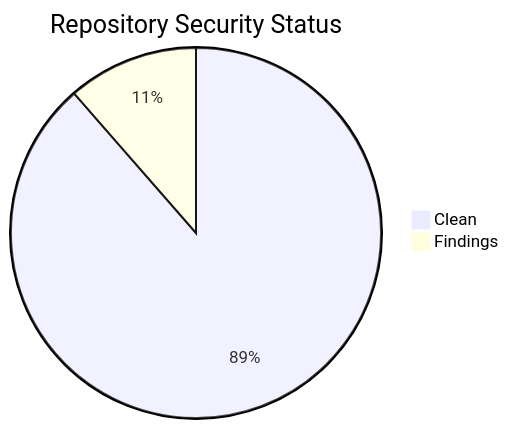
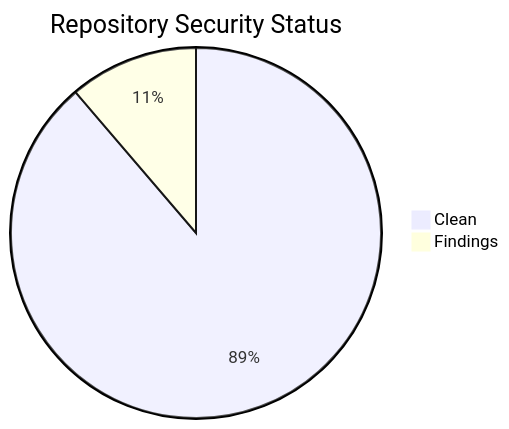
The second of 2 diagrams in projects/status.md (icepaule/icepaule.github.io), drawn with Mermaid before and after one commit. The commit also changed other lines of this file and 64 other files, not shown here.

````diff
--- a/projects/status.md
+++ b/projects/status.md
@@ -133,5 +134,5 @@
 ```mermaid
 pie title Repository Security Status
-    "Clean" : 62
+    "Clean" : 63
     "Findings" : 8
 ```
````
